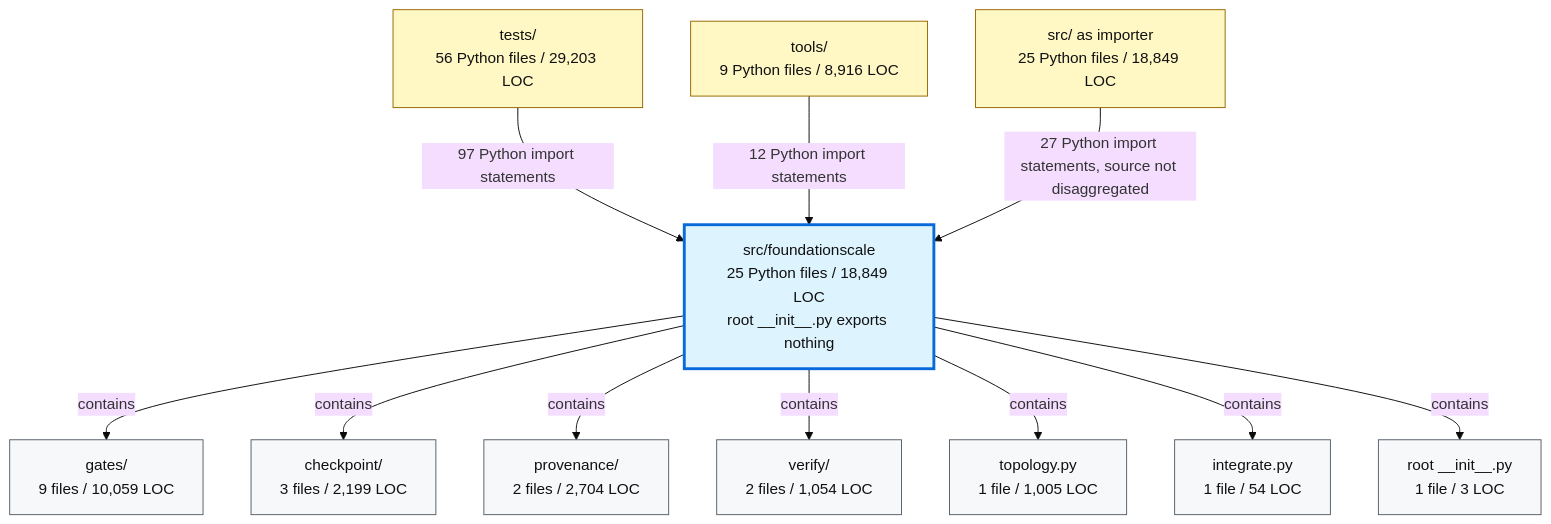
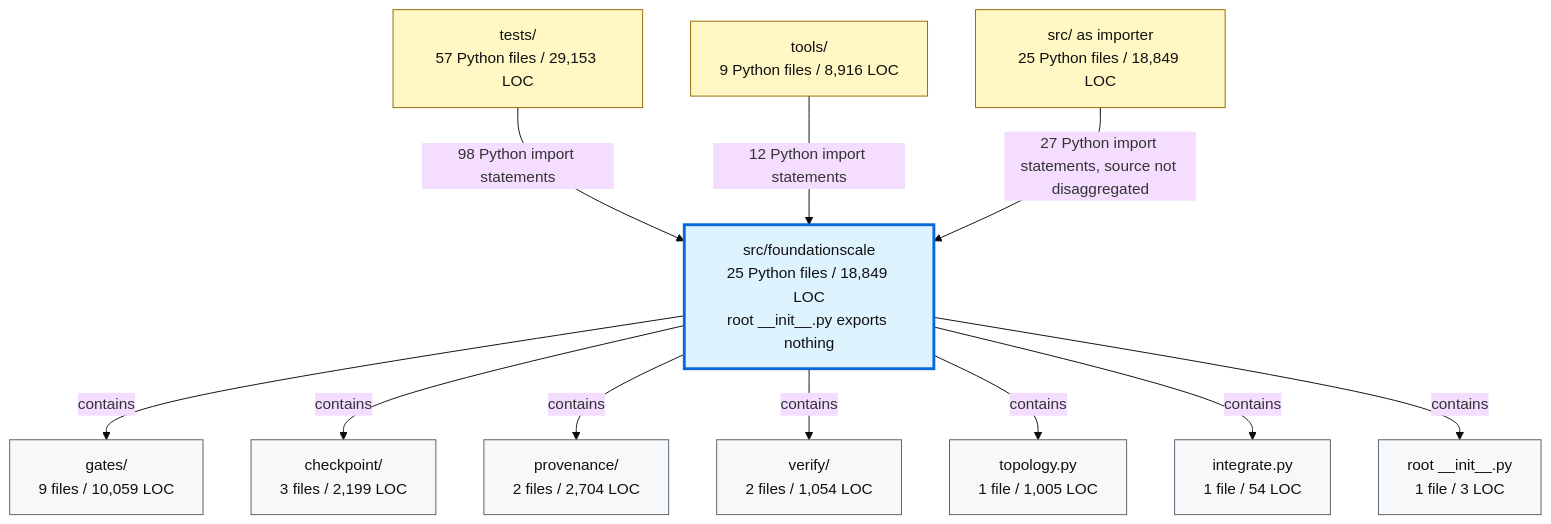
The second of 2 diagrams in docs/review/D2_current_architecture.md (TranNhiem/FoundationScale), drawn with Mermaid (base theme) before and after one commit. The commit also changed 10 other files, not shown here.

````diff
--- a/docs/review/D2_current_architecture.md
+++ b/docs/review/D2_current_architecture.md
@@ -97,36 +97,36 @@
 ```mermaid
 flowchart TB
-  TESTS["tests/<br/>56 Python files / 29,203 LOC"]
+  TESTS["tests/<br/>57 Python files / 29,153 LOC"]
   TOOLS["tools/<br/>9 Python files / 8,916 LOC"]
   SRC["src/ as importer<br/>25 Python files / 18,849 LOC"]
 
   FS["src/foundationscale<br/>25 Python files / 18,849 LOC<br/>root __init__.py exports nothing"]
 
   GATES["gates/<br/>9 files / 10,059 LOC"]
   CKPT["checkpoint/<br/>3 files / 2,199 LOC"]
   PROV["provenance/<br/>2 files / 2,704 LOC"]
   VERIFY["verify/<br/>2 files / 1,054 LOC"]
   TOPO["topology.py<br/>1 file / 1,005 LOC"]
   INTEG["integrate.py<br/>1 file / 54 LOC"]
   ROOT["root __init__.py<br/>1 file / 3 LOC"]
 
-  TESTS -->|"97 Python import statements"| FS
+  TESTS -->|"98 Python import statements"| FS
   TOOLS -->|"12 Python import statements"| FS
   SRC -->|"27 Python import statements, source not disaggregated"| FS
 
   FS -->|"contains"| GATES
   FS -->|"contains"| CKPT
   FS -->|"contains"| PROV
   FS -->|"contains"| VERIFY
   FS -->|"contains"| TOPO
   FS -->|"contains"| INTEG
   FS -->|"contains"| ROOT
 
   classDef consumer fill:#fff8c5,stroke:#9a6700,color:#111;
   classDef package fill:#ddf4ff,stroke:#0969da,stroke-width:3px,color:#111;
   classDef module fill:#f6f8fa,stroke:#57606a,color:#111;
 
   class TESTS,TOOLS,SRC consumer;
   class FS package;
   class GATES,CKPT,PROV,VERIFY,TOPO,INTEG,ROOT module;
 ```
````
